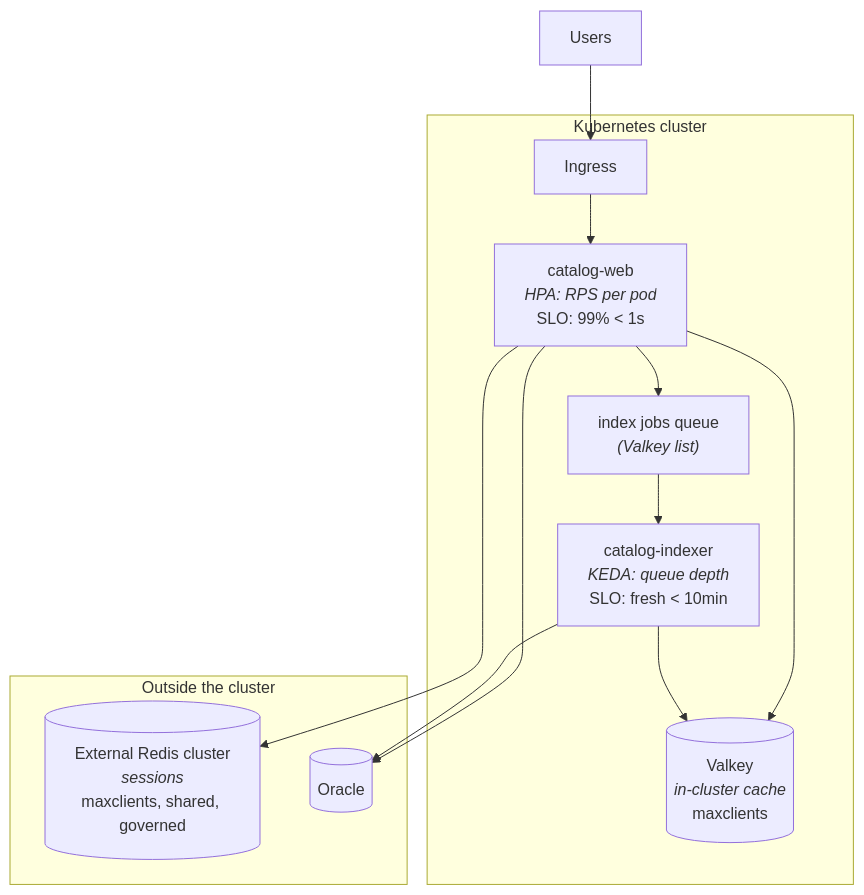
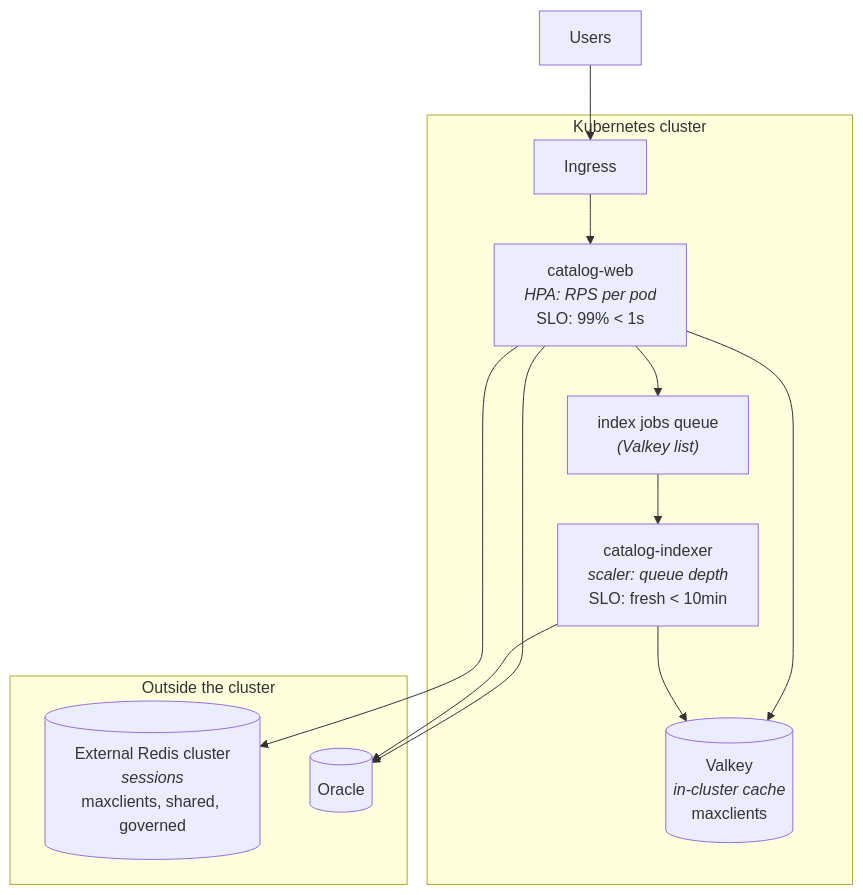
Before and after one commit to jamiegunn/k8s_soup_to_nuts: the diagram in src/content/docs/autoscaling/web-worker-and-caches.md, drawn with Mermaid. The commit also changed other lines of this file and 19 other files, not shown here.

````diff
--- a/src/content/docs/autoscaling/web-worker-and-caches.md
+++ b/src/content/docs/autoscaling/web-worker-and-caches.md
@@ -24,18 +24,18 @@
 ```mermaid
 flowchart TD
     U["Users"] --> ING["Ingress"]
     subgraph cluster["Kubernetes cluster"]
         ING --> WEB["catalog-web<br/><i>HPA: RPS per pod</i><br/>SLO: 99% &lt; 1s"]
-        Q["index jobs queue<br/><i>(Valkey list)</i>"] --> WK["catalog-indexer<br/><i>KEDA: queue depth</i><br/>SLO: fresh &lt; 10min"]
+        Q["index jobs queue<br/><i>(Valkey list)</i>"] --> WK["catalog-indexer<br/><i>scaler: queue depth</i><br/>SLO: fresh &lt; 10min"]
         WEB --> VK[("Valkey<br/><i>in-cluster cache</i><br/>maxclients")]
         WK --> VK
         WEB --> Q
     end
     subgraph outside["Outside the cluster"]
         RED[("External Redis cluster<br/><i>sessions</i><br/>maxclients, shared, governed")]
         ORA[("Oracle")]
     end
     WEB --> RED
     WEB --> ORA
     WK --> ORA
 ```
````
